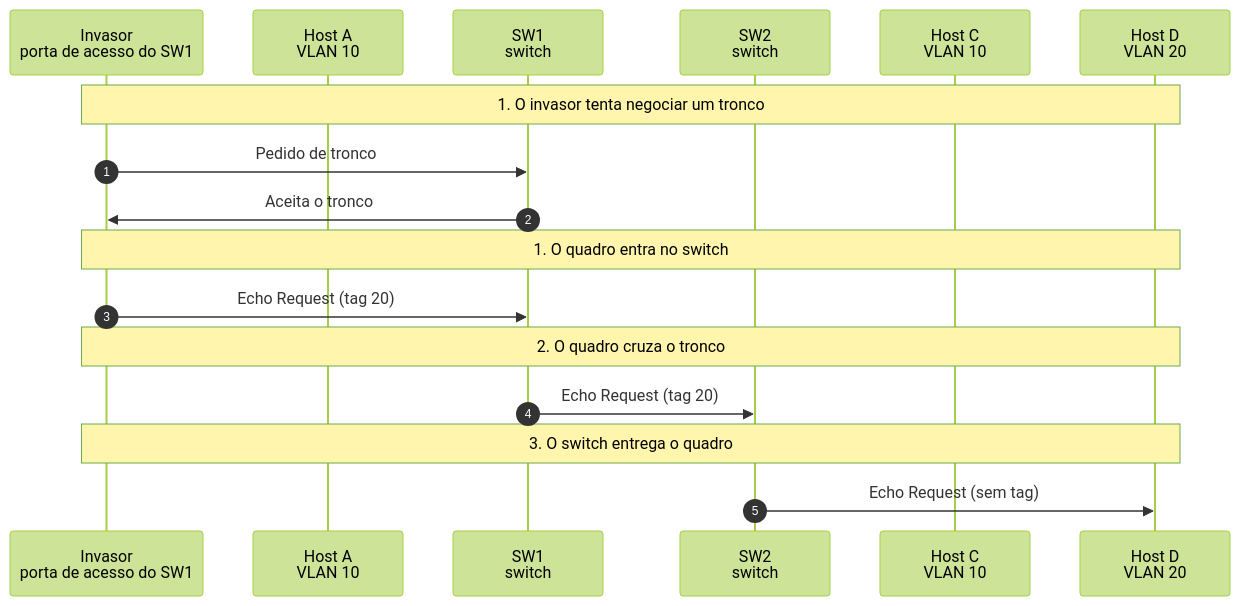
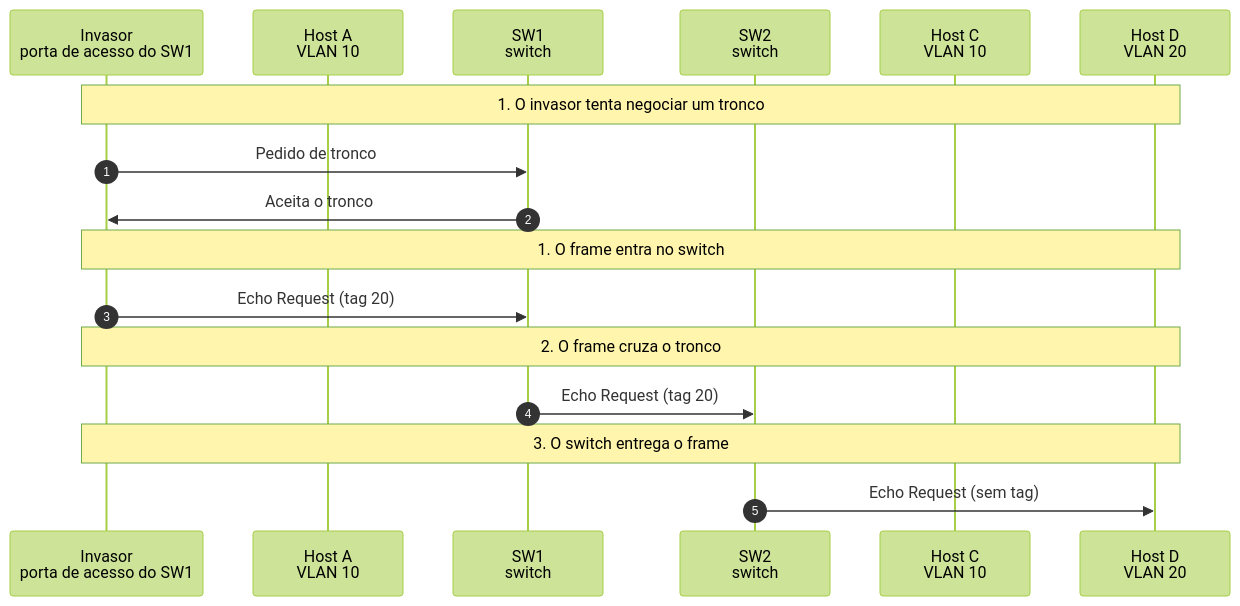
Before and after one commit to emanuel-bs/simul-net: diagram 26 of 29 in docs/simuladores/vlan.md, drawn with Mermaid (forest theme). The commit also changed other lines of this file and 96 other files, not shown here.

````diff
--- a/docs/simuladores/vlan.md
+++ b/docs/simuladores/vlan.md
@@ -998,19 +998,19 @@
 ```mermaid
 sequenceDiagram
   autonumber
   participant n_m as Invasor<br/>porta de acesso do SW1
   participant n_a as Host A<br/>VLAN 10
   participant n_sw1 as SW1<br/>switch
   participant n_sw2 as SW2<br/>switch
   participant n_c as Host C<br/>VLAN 10
   participant n_d as Host D<br/>VLAN 20
   Note over n_m,n_d: 1. O invasor tenta negociar um tronco
   n_m ->> n_sw1: Pedido de tronco
   n_sw1 ->> n_m: Aceita o tronco
-  Note over n_m,n_d: 1. O quadro entra no switch
+  Note over n_m,n_d: 1. O frame entra no switch
   n_m ->> n_sw1: Echo Request (tag 20)
-  Note over n_m,n_d: 2. O quadro cruza o tronco
+  Note over n_m,n_d: 2. O frame cruza o tronco
   n_sw1 ->> n_sw2: Echo Request (tag 20)
-  Note over n_m,n_d: 3. O switch entrega o quadro
+  Note over n_m,n_d: 3. O switch entrega o frame
   n_sw2 ->> n_d: Echo Request (sem tag)
 ```
````
